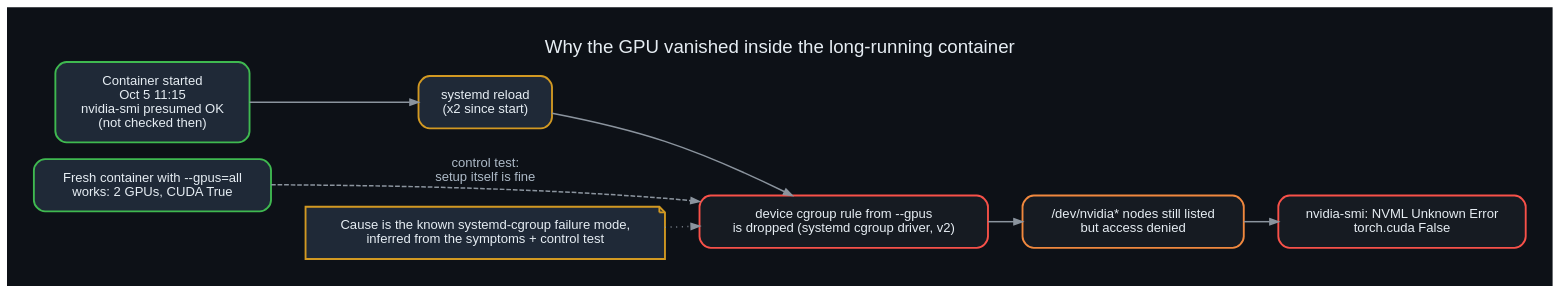
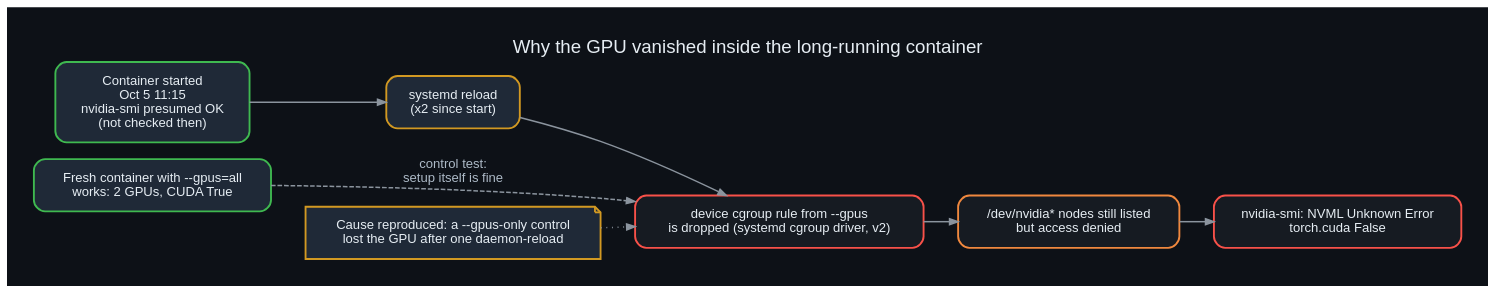
One commit to danindiana/hermes-web-search-ddgs changed the diagram in diagrams/18_gpu_failure_root_cause.dot. Above: the diagram before and after it, drawn with Graphviz. The commit also changed 11 other files, not shown here.

Commit message:
Document daemon-reload GPU test (confirms fix), add diagram 25, correct sudo claim

```diff
--- a/diagrams/18_gpu_failure_root_cause.dot
+++ b/diagrams/18_gpu_failure_root_cause.dot
@@ -1,14 +1,14 @@
 digraph g {
 graph [bgcolor="#0d1117", rankdir=LR, fontname="Helvetica", fontcolor="#e6edf3", labelloc="t", fontsize=20, pad=0.4];
 node  [fontname="Helvetica", fontcolor="#e6edf3", color="#30363d", style="filled,rounded", shape=box, penwidth=2, margin="0.25,0.18", fillcolor="#161b22"];
 edge  [color="#8b949e", fontname="Helvetica", fontcolor="#adbac7", penwidth=1.6, arrowsize=0.9];
 label="Why the GPU vanished inside the long-running container";
 a [label="Container started\nOct 5 11:15\nnvidia-smi presumed OK\n(not checked then)", color="#3fb950", fillcolor="#1f2937"];
 b [label="systemd reload\n(x2 since start)", color="#d29922", fillcolor="#1f2937"];
 c [label="device cgroup rule from --gpus\nis dropped (systemd cgroup driver, v2)", color="#f85149"];
 d [label="/dev/nvidia* nodes still listed\nbut access denied", color="#f0883e"];
 e [label="nvidia-smi: NVML Unknown Error\ntorch.cuda False", color="#f85149"];
 f [label="Fresh container with --gpus=all\nworks: 2 GPUs, CUDA True", color="#3fb950", fillcolor="#1f2937"];
 a->b->c->d->e; f->c [style=dashed, label="control test:\nsetup itself is fine", constraint=false];
-n [label="Cause is the known systemd-cgroup failure mode,\ninferred from the symptoms + control test", color="#d29922", fillcolor="#1f2937", shape=note]; n->c [style=dotted];
+n [label="Cause reproduced: a --gpus-only control\nlost the GPU after one daemon-reload", color="#d29922", fillcolor="#1f2937", shape=note]; n->c [style=dotted];
 }
```
